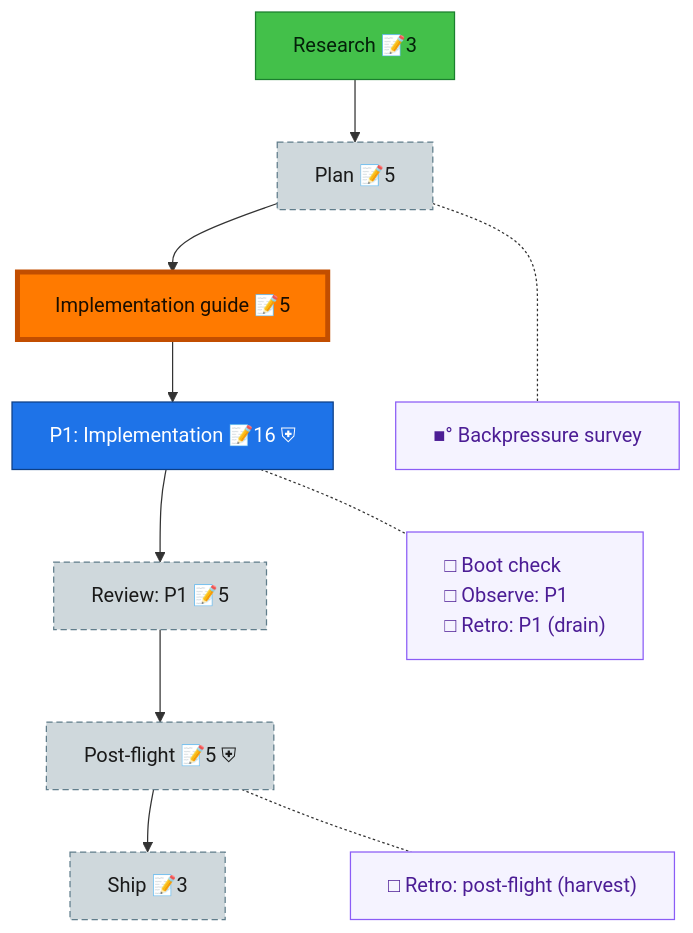
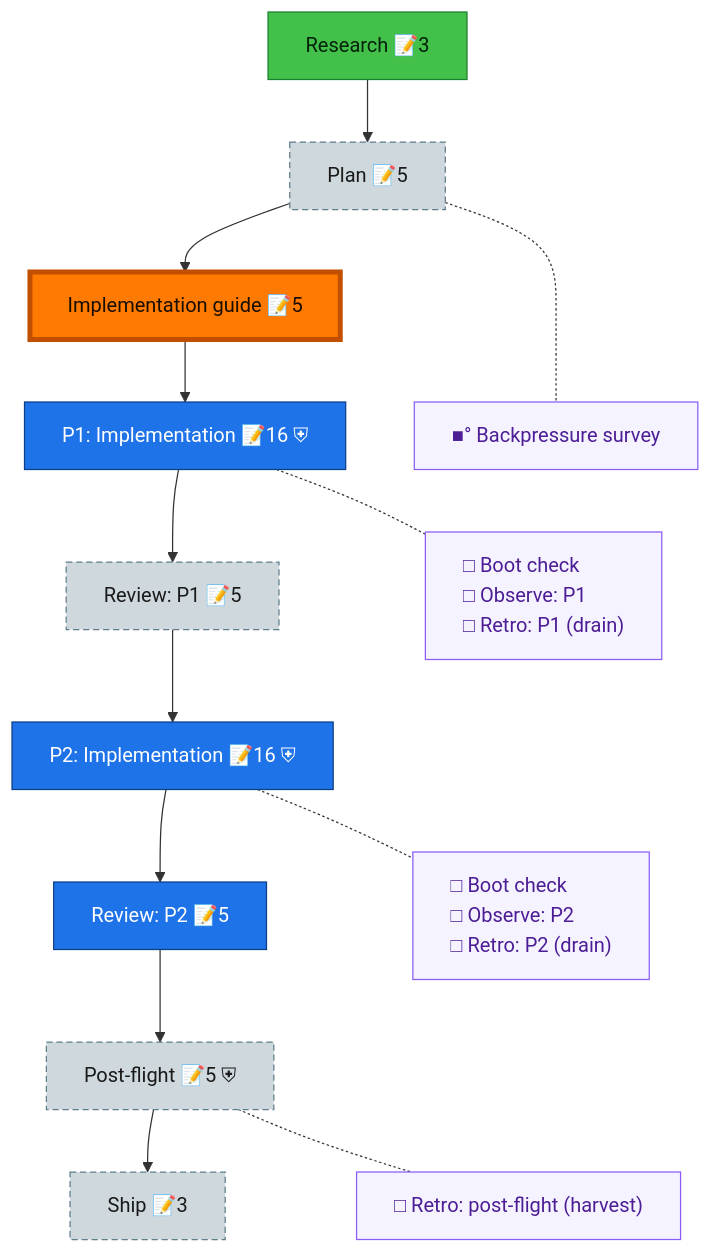
The diagram in docs/plans/028-prep-canonical-tables/the-flow.md (AI-Substrate/Unisphere), drawn with Mermaid before and after one commit. The commit also changed other lines of this file and 25 other files, not shown here.

````diff
--- a/docs/plans/028-prep-canonical-tables/the-flow.md
+++ b/docs/plans/028-prep-canonical-tables/the-flow.md
@@ -8,31 +8,35 @@
 ```mermaid
 flowchart TD
     research["Research 📝3"]:::wip
     plan["Plan 📝5"]:::assumed
     impl_guide["Implementation guide 📝5"]:::known
     phase_1["P1: Implementation 📝16 ⛨"]:::known
     review_1["Review: P1 📝5"]:::assumed
+    phase_2["P2: Implementation 📝16 ⛨"]:::known
+    review_2["Review: P2 📝5"]:::known
     post_flight["Post-flight 📝5 ⛨"]:::assumed
     ship["Ship 📝3"]:::assumed
 
-    research --> plan --> impl_guide --> phase_1 --> review_1 --> post_flight --> ship
+    research --> plan --> impl_guide --> phase_1 --> review_1 --> phase_2 --> review_2 --> post_flight --> ship
 
     planC["■° Backpressure survey"]:::chore
     phase_1C["□ Boot check<br/>□ Observe: P1<br/>□ Retro: P1 (drain)"]:::chore
+    phase_2C["□ Boot check<br/>□ Observe: P2<br/>□ Retro: P2 (drain)"]:::chore
     post_flightC["□ Retro: post-flight (harvest)"]:::chore
 
     %% invisible chain holds the gutter boxes in their own column
-    planC ~~~ phase_1C ~~~ post_flightC
+    planC ~~~ phase_1C ~~~ phase_2C ~~~ post_flightC
 
     %% dotted links pull each gutter box beside its node
     plan -.- planC
     phase_1 -.- phase_1C
+    phase_2 -.- phase_2C
     post_flight -.- post_flightC
 
     classDef wip fill:#43C04A,stroke:#1B7F2E,color:#04210A;
     classDef known fill:#1E73E8,stroke:#0D3F86,color:#fff;
     classDef assumed fill:#CFD8DC,stroke:#607D8B,color:#1a1a1a,stroke-dasharray:5 3;
     classDef chore fill:#f5f3ff,stroke:#8b5cf6,color:#4c1d95,text-align:left;
     classDef current fill:#FF7A00,stroke:#C24E00,color:#1a0e00,stroke-width:4px;
     class impl_guide current;
 ```
````
